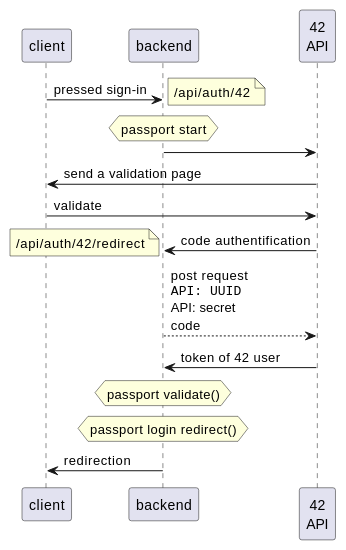
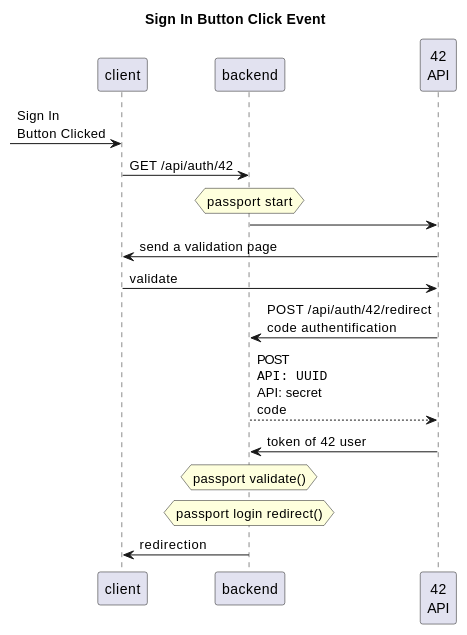
Before and after one commit to eprei/42_ft_transcendence: the first of 3 diagrams in docs/README.adoc, drawn with PlantUML. The commit also changed 2 other files, not shown here.

Commit message:
HTML Request Notation Variation
Based on https://www.researchgate.net/profile/Bernhard-Rumpe/publication/259891230/figure/fig2/AS:339846087364642@1458037029959/Sequence-diagram-of-HTTP-interaction-with-workflows.png

```diff
--- a/docs/README.adoc
+++ b/docs/README.adoc
@@ -7,29 +7,27 @@
 [plantuml, target=assets/authentification, format=svg, width=100%]
 ....
+title Sign In Button Click Event
+
 participant client
 participant backend
 participant "42\nAPI" as 42api
 
-client -> backend : pressed sign-in
-note right
-/api/auth/42
-end note
+?-> client : Sign In\nButton Clicked
+
+client -> backend : GET /api/auth/42
 
 hnote over backend : passport start
 
 backend -> 42api
 42api -> client : send a validation page
 client -> 42api : validate
-42api -> backend : code authentification
-note left
-/api/auth/42/redirect
-end note
-backend --> 42api : post request\n""API: UUID""\nAPI: secret\ncode
+42api -> backend : POST /api/auth/42/redirect\ncode authentification
+backend --> 42api : POST\n""API: UUID""\nAPI: secret\ncode
 42api -> backend : token of 42 user
 
 hnote over backend : passport validate()
 
 hnote over backend : passport login redirect()
 
 backend -> client : redirection
 ....
```
